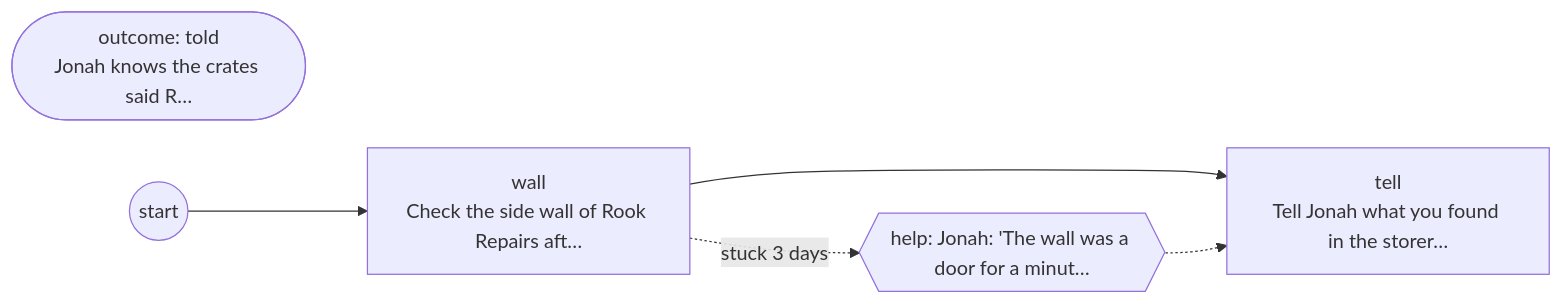
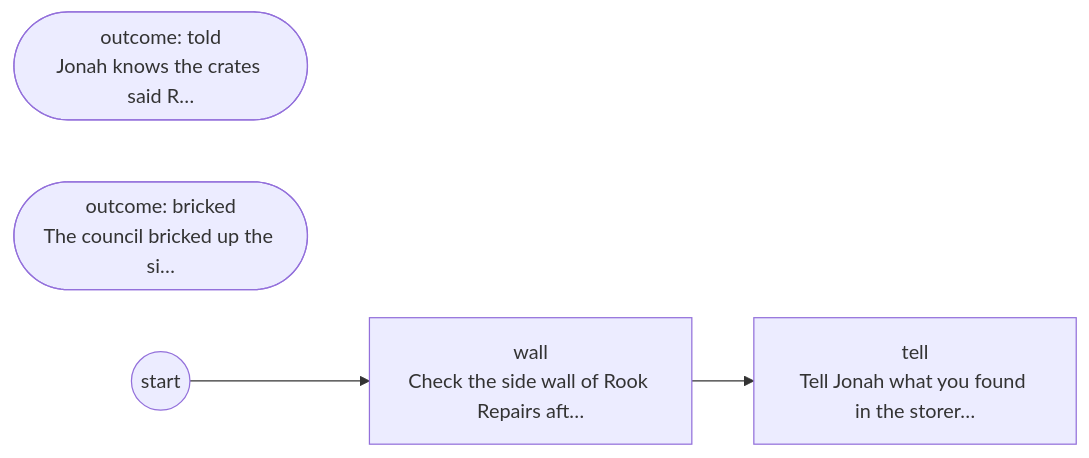
Before and after one commit to DoctorStrangeSH/ECHOES-OF-THE-VEIL: the second of 15 diagrams in docs/generated/cases.md, drawn with Mermaid. The commit also changed other lines of this file and 46 other files, not shown here.

````diff
--- a/docs/generated/cases.md
+++ b/docs/generated/cases.md
@@ -35,11 +27,9 @@
 ```mermaid
 flowchart LR
   case_storeroom_wall["wall<br/>Check the side wall of Rook Repairs aft…"]
   case_storeroom_tell["tell<br/>Tell Jonah what you found in the storer…"]
   case_storeroom_wall --> case_storeroom_tell
   case_storeroom_out_told(["outcome: told<br/>Jonah knows the crates said R…"])
+  case_storeroom_out_bricked(["outcome: bricked<br/>The council bricked up the si…"])
   case_storeroom_START(("start")) --> case_storeroom_wall
-  case_storeroom_ff_0{{"help: Jonah: 'The wall was a door for a minut…"}}
-  case_storeroom_wall -.->|"stuck 3 days"| case_storeroom_ff_0
-  case_storeroom_ff_0 -.-> case_storeroom_tell
 ```
````
